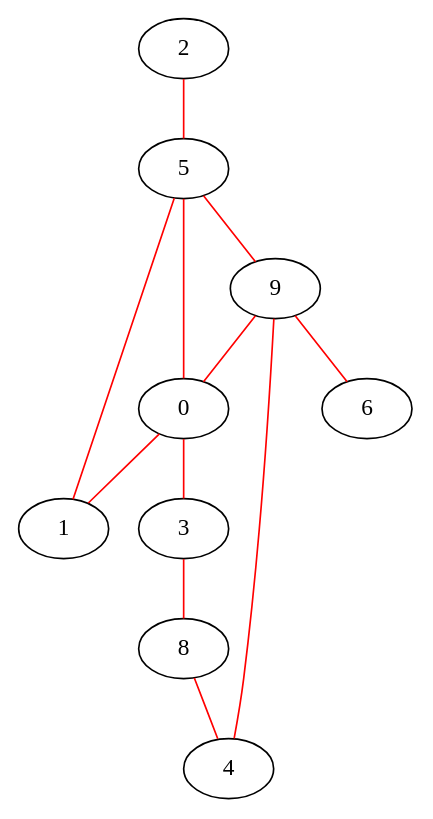
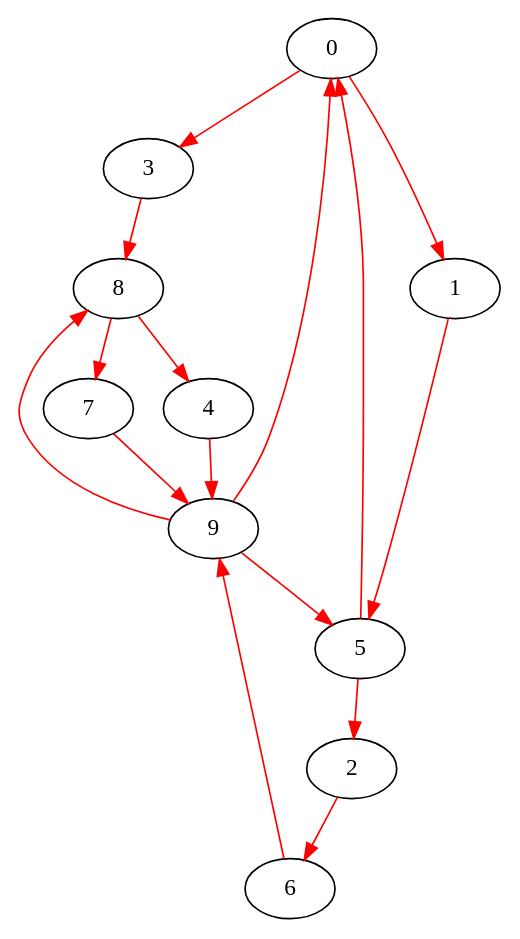
One commit to amitkvikram/CS2100 changed the diagram in week4b/eulerian/Egraph_2new.dot. Above: the diagram before and after it, drawn with Graphviz. The commit also changed 24 other files, not shown here.

```diff
--- a/week4b/eulerian/Egraph_2new.dot
+++ b/week4b/eulerian/Egraph_2new.dot
@@ -1,14 +1,18 @@
-graph Egraph_2{
-	2 -- 5[color=red];
-	5 -- 9[color=red];
-	9 -- 0[color=red];
-	0 -- 1[color=red];
-	1 -- 5[color=red];
-	5 -- 0[color=red];
-	0 -- 3[color=red];
-	3 -- 8[color=red];
-	8 -- 4[color=red];
-	4 -- 9[color=red];
-	9 -- 6[color=red];
+digraph Egraph_2{
+	0 -> 3[color=red];
+	3 -> 8[color=red];
+	8 -> 7[color=red];
+	7 -> 9[color=red];
+	9 -> 8[color=red];
+	8 -> 4[color=red];
+	4 -> 9[color=red];
+	9 -> 0[color=red];
+	0 -> 1[color=red];
+	1 -> 5[color=red];
+	5 -> 2[color=red];
+	2 -> 6[color=red];
+	6 -> 9[color=red];
+	9 -> 5[color=red];
+	5 -> 0[color=red];
 	9
 }
```
